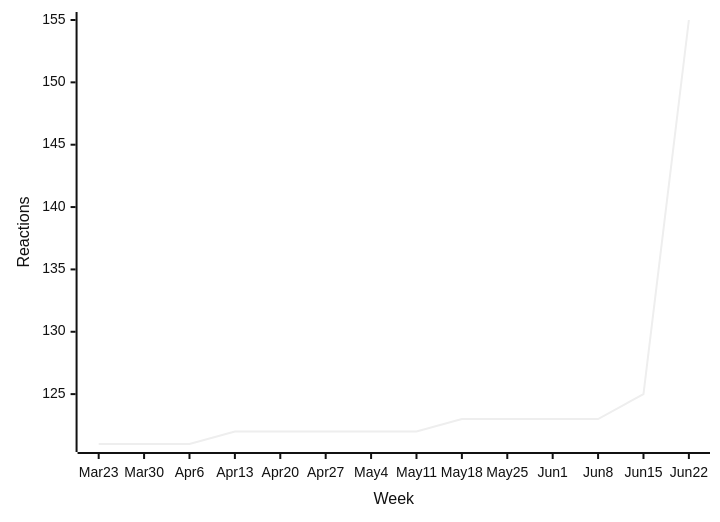
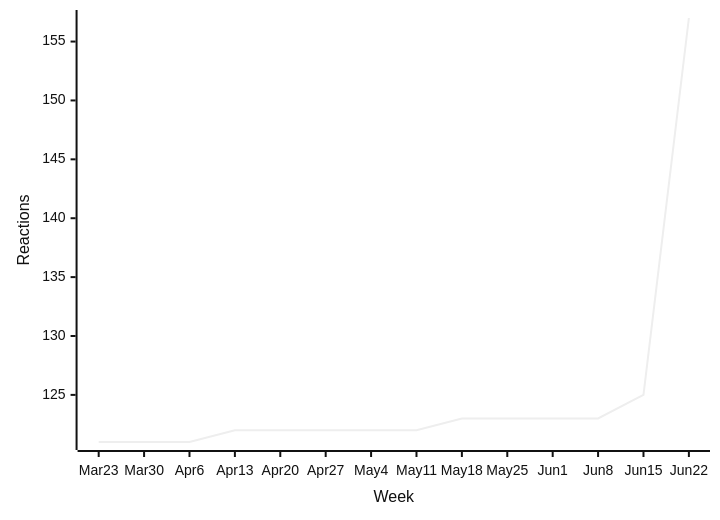
One commit to loic-sharma/github-insights changed the third of 55 diagrams in README.md. Above: the diagram before and after it, drawn with Mermaid (neutral theme). The commit also changed other lines of this file and 1 other file, not shown here.

````diff
--- a/README.md
+++ b/README.md
@@ -373,6 +373,6 @@
   ```mermaid
   xychart-beta
     x-axis "Week" [Mar 23, Mar 30, Apr 6, Apr 13, Apr 20, Apr 27, May 4, May 11, May 18, May 25, Jun 1, Jun 8, Jun 15, Jun 22]
     y-axis "Reactions"
-    line [121, 121, 121, 122, 122, 122, 122, 122, 123, 123, 123, 123, 125, 155]
+    line [121, 121, 121, 122, 122, 122, 122, 122, 123, 123, 123, 123, 125, 157]
   ```
````
